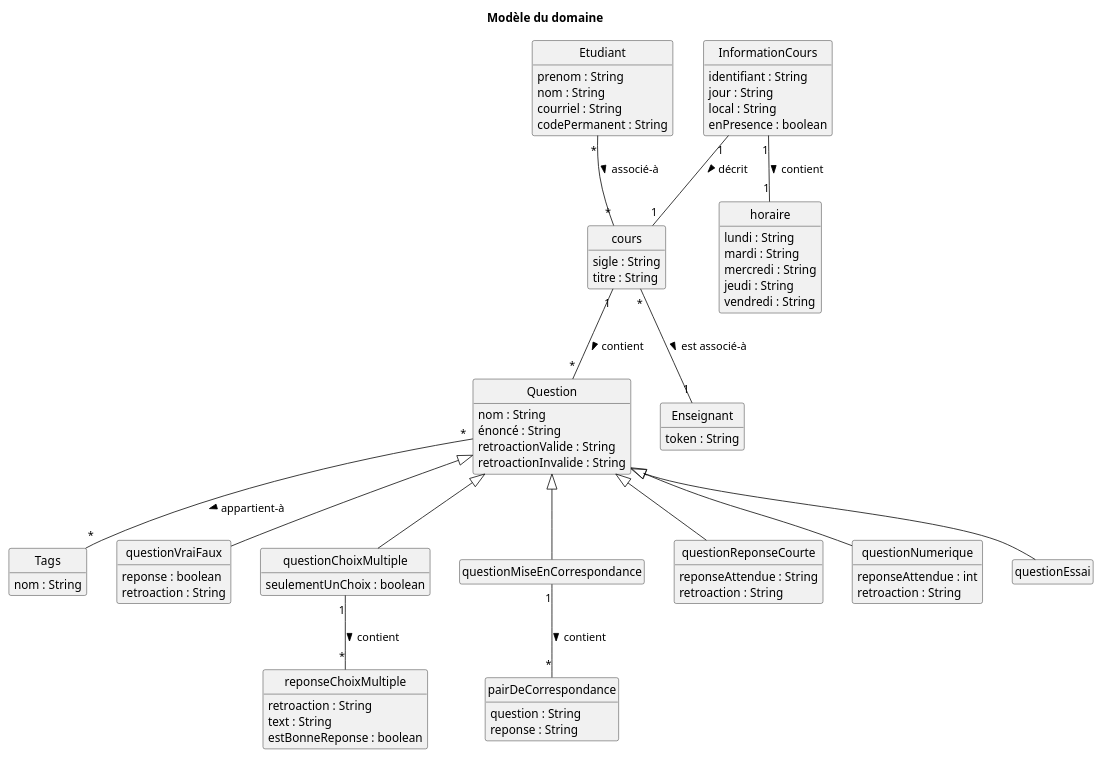
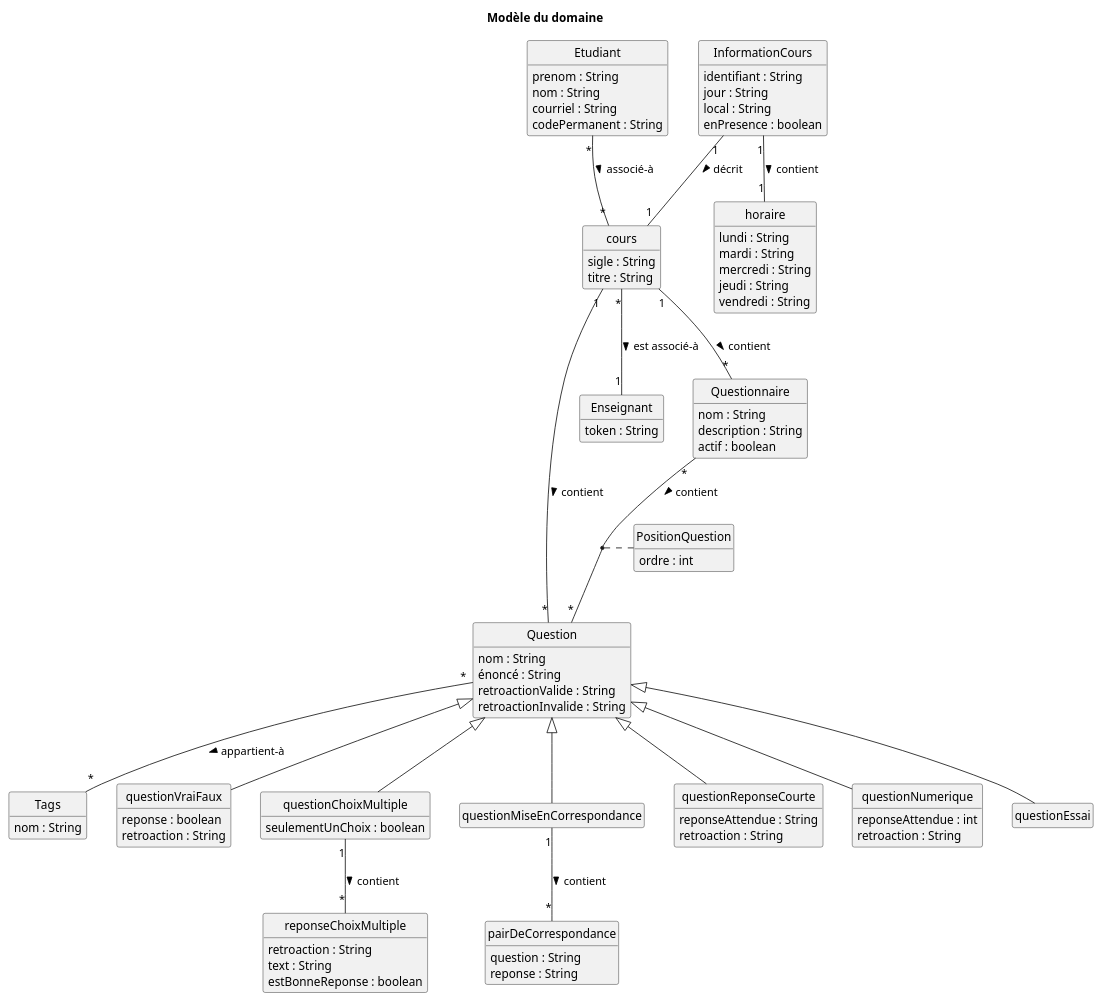
Before and after one commit to xMrYahya/moodle-clone: the diagram in docs/modeles/mdd.puml, drawn with PlantUML.

Commit message:
Ajout de questionnaire

```diff
--- a/docs/modeles/mdd.puml
+++ b/docs/modeles/mdd.puml
@@ -1,91 +1,110 @@
 @startuml MDD_SGB_SGA
 skinparam style strictuml
 'skinparam backgroundcolor transparent
 hide methods
 hide empty members
 'left to right direction
 title Modèle du domaine
 
 skinparam class {
   BackgroundColor<< SGB >> #ddffdd
 }
 hide stereotype
 
 
   ' Le concept de "Cours" dans SGA n'est pas un groupe-cours
   class "Question" as question {
   nom : String
   énoncé : String
   ' reponse a la question
   retroactionValide : String
   retroactionInvalide : String
   }
   class "Tags" as tags {
     nom : String
   }
   class "questionVraiFaux" as qvf extends question {
     reponse : boolean
     retroaction : String
   }
   class "questionChoixMultiple" as qcm extends question {
     seulementUnChoix : boolean
   }
   class "reponseChoixMultiple" as rcm {
     retroaction : String
     text : String
     estBonneReponse : boolean
   }
   class "questionMiseEnCorrespondance" as qmc extends question {
     
   }
   class "pairDeCorrespondance" as pdc {
     question : String
     reponse : String
   }
   class "questionReponseCourte" as qrc extends question {
     reponseAttendue : String
     retroaction : String
   }
   class "questionNumerique" as qn extends question {
     reponseAttendue : int
     retroaction : String
   }
   class "questionEssai" as qe extends question {
     
   }
   class "Enseignant" as ens {
     token : String
   }
   class "cours" as cours {
     sigle : String
     titre : String
   }
   class "Etudiant" as etudiant {
     prenom : String
     nom : String
     courriel : String
     codePermanent : String
   }
   class "InformationCours" as infocours {
     identifiant : String
     jour : String
     local : String
     enPresence : boolean
   }
   class "horaire" as horaire {
     lundi : String
     mardi : String
     mercredi : String
     jeudi : String
     vendredi : String
   }
-  
+  class "Questionnaire" as questionnaire {
+    nom : String
+    description : String
+    actif : boolean
+  }
+  class "PositionQuestion" as position {
+    ordre : int
+  }
+
   etudiant "*" -- "*" cours : associé-à >
   infocours "1" -- "1" cours : décrit >
   infocours "1" -- "1" horaire : contient >
   cours "1" -- "*" question :contient >
   cours "*" -- "1" ens : est associé-à >
   question "*" -- "*" tags : appartient-à >
   qcm "1" -- "*" rcm : contient >
   qmc "1" -- "*" pdc : contient >
+  cours "1" -- "*" questionnaire : contient >
+  questionnaire "*" -- "*" question : contient >
+  (questionnaire,question) .. position
+
+
+  'Selon le CU08 
+  'class "ReponseQuestionnaire" as reponseQuestionnaire {
+
+  '}
+  'etudiant "*" -- "*" questionnaire : répond-à >
+  '(etudiant,questionnaire) .. reponseQuestionnaire
 @enduml
```
